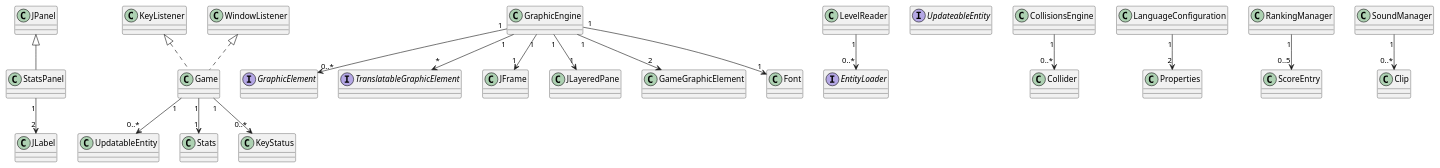
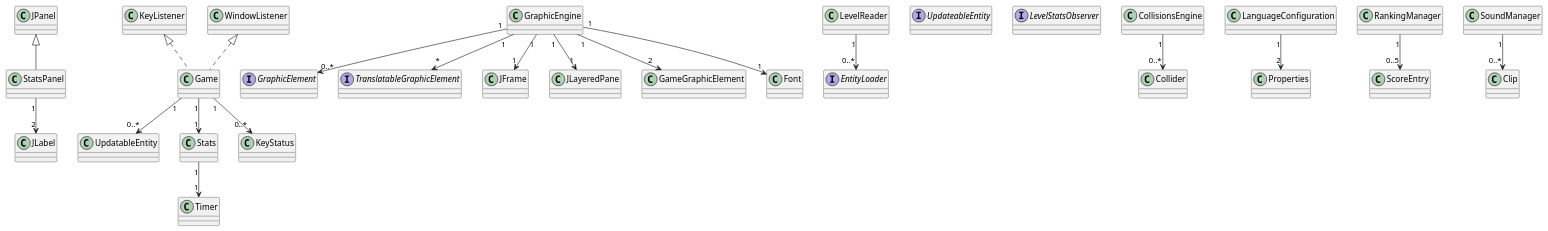
The diagram in Diagramas/diagramas/Reducido parcial/Game/Game.puml (giuli635/SuperMarioBros), drawn with PlantUML before and after one commit. The commit also changed 221 other files, not shown here.

```diff
--- a/Diagramas/diagramas/Reducido parcial/Game/Game.puml
+++ b/Diagramas/diagramas/Reducido parcial/Game/Game.puml
@@ -1,34 +1,37 @@
 @startuml Game
 
 interface GraphicElement
 interface TranslatableGraphicElement
 interface EntityLoader
 interface UpdateableEntity
+interface LevelStatsObserver
 
 Game .u.|> WindowListener
 Game .u.|> KeyListener
 Game "1" --> "0..*" UpdatableEntity
 Game "1" --> "1" Stats
 Game "1" --> "0..*" KeyStatus
 
 CollisionsEngine "1" --> "0..*" Collider
 
 GraphicEngine "1" --> "1" JFrame
 GraphicEngine "1" --> "1" JLayeredPane
 GraphicEngine "1" --> "0..*" GraphicElement
 GraphicEngine "1" --> "*" TranslatableGraphicElement
 GraphicEngine "1" --> "2" GameGraphicElement
 GraphicEngine "1" --> "1" Font
 
 LanguageConfiguration "1" --> "2" Properties
 
 LevelReader "1" --> "0..*" EntityLoader
 
 RankingManager "1" --> "0..5" ScoreEntry
 
 SoundManager "1" --> "0..*" Clip
 
+Stats "1" --> "1" Timer
+
 StatsPanel -u-|> JPanel
 StatsPanel "1" --> "2" JLabel
 
 @enduml
```
